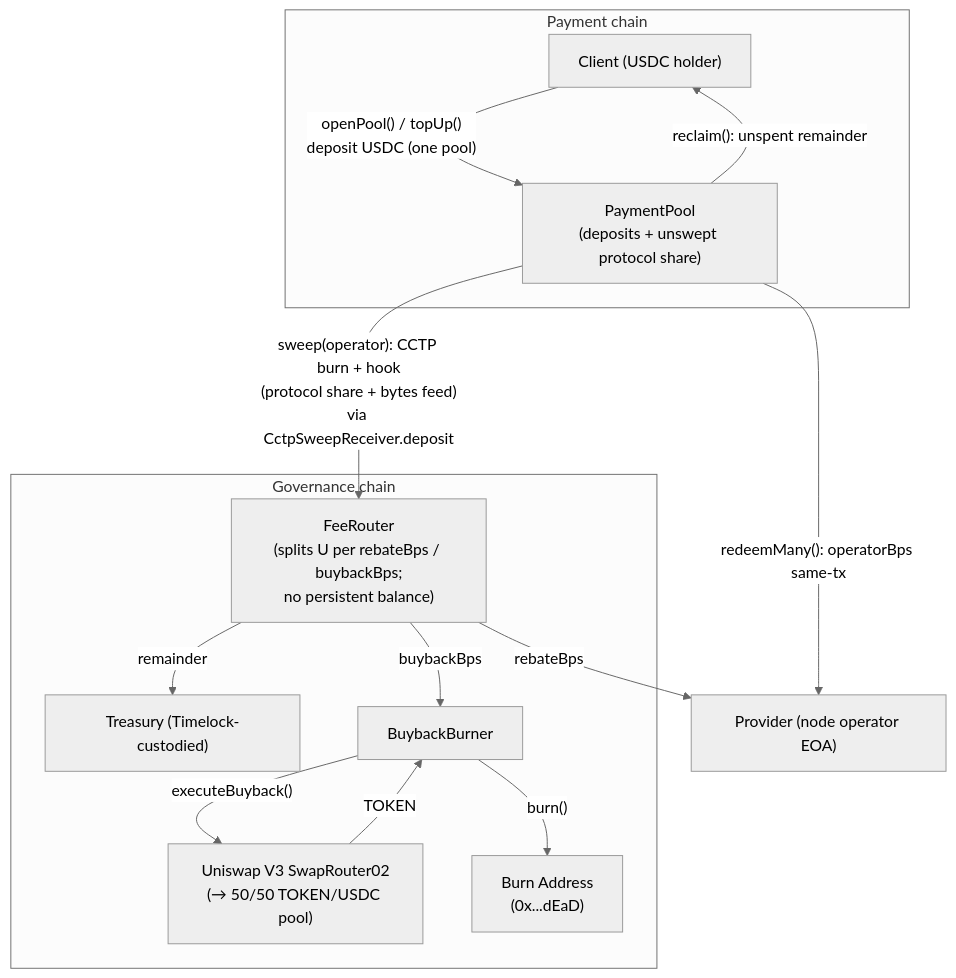
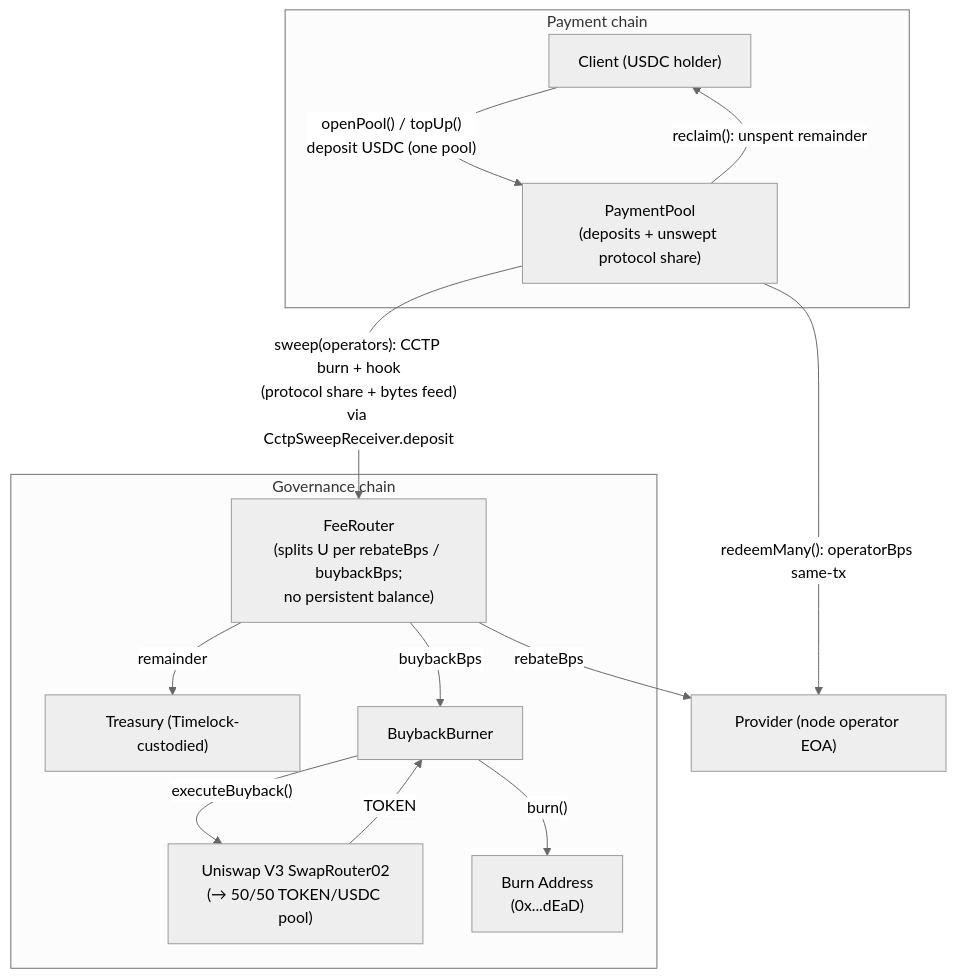
The fourth of 5 diagrams in adr/016-contract-interactions.md (decdn/decdn), drawn with Mermaid (neutral theme) before and after one commit. The commit also changed other lines of this file and 15 other files, not shown here.

First line of the commit message:
feat(contracts)!: batched protocol-share sweeps

````diff
--- a/adr/016-contract-interactions.md
+++ b/adr/016-contract-interactions.md
@@ -606,26 +614,26 @@
 ```mermaid
 flowchart TD
     subgraph PCH["Payment chain"]
         Client["Client (USDC holder)"]
         PC["PaymentPool<br/>(deposits + unswept protocol share)"]
     end
     subgraph GCH["Governance chain"]
         FR["FeeRouter<br/>(splits U per rebateBps / buybackBps;<br/>no persistent balance)"]
         Treasury["Treasury (Timelock-custodied)"]
         BB["BuybackBurner"]
         UNI["Uniswap V3 SwapRouter02<br/>(→ 50/50 TOKEN/USDC pool)"]
         BURN["Burn Address<br/>(0x...dEaD)"]
     end
     Provider["Provider (node operator EOA)"]
 
     Client -->|"openPool() / topUp()<br/>deposit USDC (one pool)"| PC
     PC -->|"redeemMany(): operatorBps same-tx"| Provider
     PC -->|"reclaim(): unspent remainder"| Client
-    PC -->|"sweep(operator): CCTP burn + hook<br/>(protocol share + bytes feed)<br/>via CctpSweepReceiver.deposit"| FR
+    PC -->|"sweep(operators): CCTP burn + hook<br/>(protocol share + bytes feed)<br/>via CctpSweepReceiver.deposit"| FR
     FR -->|"rebateBps"| Provider
     FR -->|"buybackBps"| BB
     FR -->|"remainder"| Treasury
     BB -->|"executeBuyback()"| UNI
     UNI -->|"TOKEN"| BB
     BB -->|"burn()"| BURN
 ```
````
